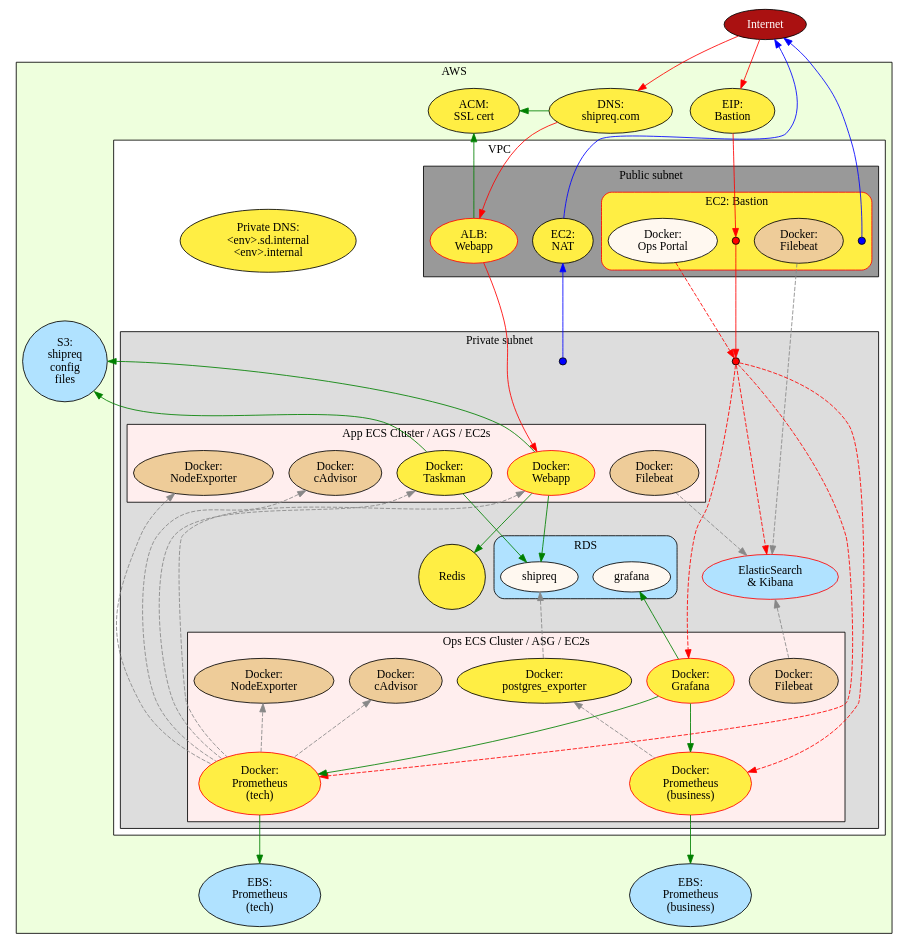
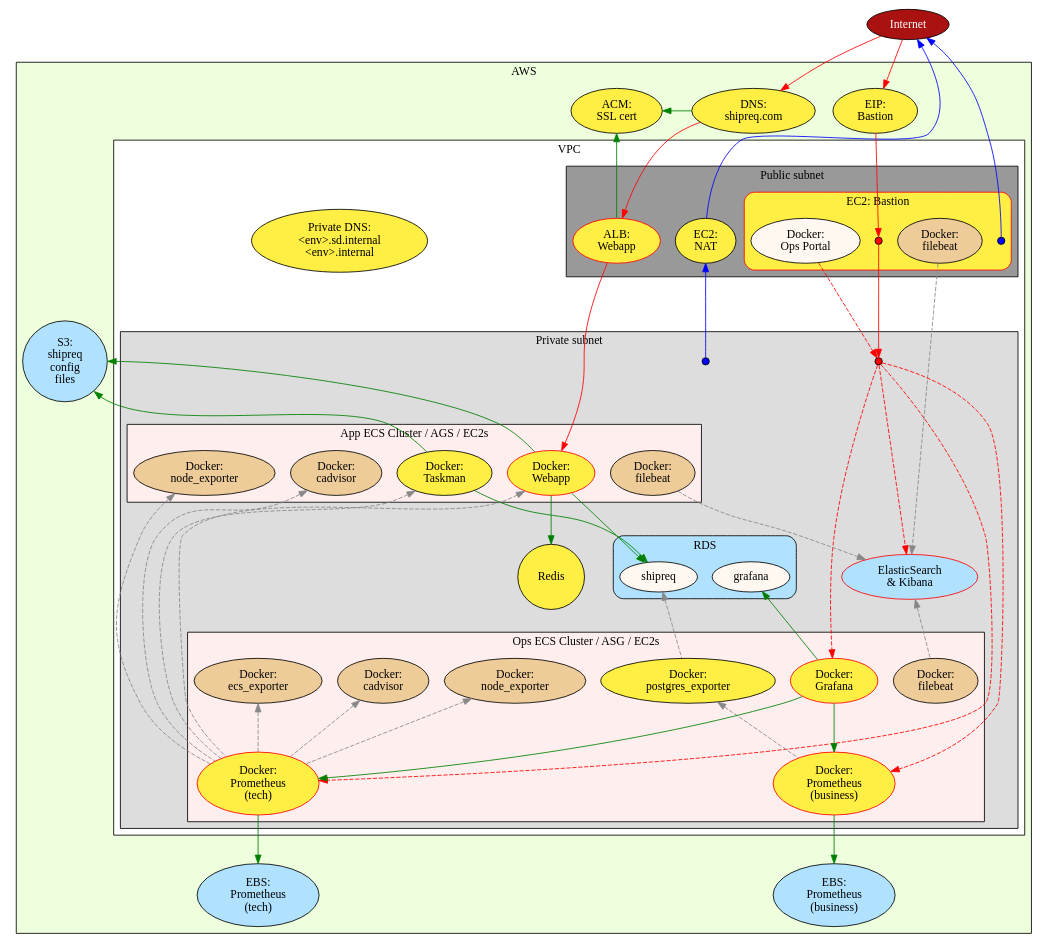
Before and after one commit to shipreq/shipreq: the diagram in Infrastructure/architecture.gv, drawn with Graphviz. The commit also changed 1 other file, not shown here.

Commit message:
Update architecture.gv: add ecs_exporter

```diff
--- a/Infrastructure/architecture.gv
+++ b/Infrastructure/architecture.gv
@@ -1,111 +1,112 @@
 digraph {
   node [style=filled fillcolor="#ffee44"]
   graph [ranksep=0.8]
 
   internet [label=Internet fillcolor="#aa1111" fontcolor=white]
 
   subgraph cluster_AWS {
     label="AWS" style=filled fillcolor="#eeffdd"
     { rank=same
       dns_shipreq [label="DNS:\nshipreq.com"]
       acm_ssl [label="ACM:\nSSL cert"]
     }
     ebs_prometheus_tech [label="EBS:\nPrometheus\n(tech)" fillcolor=lightskyblue1]
     ebs_prometheus_busi [label="EBS:\nPrometheus\n(business)" fillcolor=lightskyblue1]
     eip_bastion [label="EIP:\nBastion"]
     s3_shipreq [label="S3:\nshipreq\nconfig\nfiles"fillcolor=lightskyblue1]
 
     subgraph cluster_VPC {
       label="VPC" fillcolor=white
       internal_dns [label="Private DNS:\n<env>.sd.internal\n<env>.internal"]
 
       subgraph cluster_public {
         label="Public subnet" fillcolor="#999999"
         alb_webapp [label="ALB:\nWebapp" color=red]
         nat [label="EC2:\nNAT"]
 
         subgraph cluster_bastion {
           label="EC2: Bastion" fillcolor="#ffee44" style="filled,rounded" color=red
           node [fillcolor="#fff8f0"]
           bastion [shape=point fillcolor=red width=.12]
           bastion_out [shape=point fillcolor=blue width=.12]
           docker_portal [label="Docker:\nOps Portal"]
-          docker_filebeatB [label="Docker:\nFilebeat" fillcolor="#eecc99"]
+          docker_filebeatB [label="Docker:\nfilebeat" fillcolor="#eecc99"]
         }
       }
 
       subgraph cluster_private {
         label="Private subnet" fillcolor="#dddddd"
         subnet_private_in [shape=point fillcolor=red width=.12]
         subnet_private_out [shape=point fillcolor=blue width=.12]
         redis [label="\nRedis\n\n"]
         es [label="ElasticSearch\n& Kibana" color=red fillcolor=lightskyblue1]
 
-        subgraph cluster_ecs2_app {
+        subgraph cluster_app {
           label="App ECS Cluster / AGS / EC2s" fillcolor="#ffeeee"
-          docker_filebeatA [label="Docker:\nFilebeat" fillcolor="#eecc99"]
-          docker_nodeexpA [label="Docker:\nNodeExporter" fillcolor="#eecc99"]
-          docker_cadvisorA [label="Docker:\ncAdvisor" fillcolor="#eecc99"]
+          docker_filebeatA [label="Docker:\nfilebeat" fillcolor="#eecc99"]
+          docker_nodeexpA [label="Docker:\nnode_exporter" fillcolor="#eecc99"]
+          docker_cadvisorA [label="Docker:\ncadvisor" fillcolor="#eecc99"]
           docker_webapp [label="Docker:\nWebapp" color=red]
           docker_taskman [label="Docker:\nTaskman"]
         }
 
         subgraph cluster_rds {
           label="RDS" fillcolor=lightskyblue1 style="filled,rounded"
           node [fillcolor="#fff8f0"]
           rds_shipreq [label="shipreq"]
           rds_grafana [label="grafana"]
         }
 
-        subgraph cluster_ecs2_ops {
+        subgraph cluster_ops {
           label="Ops ECS Cluster / ASG / EC2s" fillcolor="#ffeeee"
-          docker_filebeatO [label="Docker:\nFilebeat" fillcolor="#eecc99"]
-          docker_nodeexpO [label="Docker:\nNodeExporter" fillcolor="#eecc99"]
-          docker_cadvisorO [label="Docker:\ncAdvisor" fillcolor="#eecc99"]
+          docker_filebeatO [label="Docker:\nfilebeat" fillcolor="#eecc99"]
+          docker_nodeexpO [label="Docker:\nnode_exporter" fillcolor="#eecc99"]
+          docker_cadvisorO [label="Docker:\ncadvisor" fillcolor="#eecc99"]
+          docker_ecs_exporter [label="Docker:\necs_exporter" fillcolor="#eecc99"]
           docker_db_metrics  [label="Docker:\npostgres_exporter"]
           docker_prometheus_tech [label="Docker:\nPrometheus\n(tech)" color=red]
           docker_prometheus_busi [label="Docker:\nPrometheus\n(business)" color=red]
           docker_grafana [label="Docker:\nGrafana" color=red]
         }
       }
     }
   }
 
   // subnet_private_in -> alb_webapp [style=invis]
   // subnet_private_in -> docker_webapp,docker_taskman [style=invis]
   subnet_private_in -> docker_filebeatA [style=invis]
   // docker_webapp,docker_taskman -> docker_filebeatA,docker_nodeexpA,docker_cadvisorA [style=invis]
   // docker_prometheus_busi,docker_prometheus_tech -> docker_filebeatO,docker_nodeexpO,docker_cadvisorO [style=invis]
   // rds_shipreq -> rds_grafana [style=invis]
 
   edge [color=red]
   internet -> dns_shipreq -> alb_webapp
   internet -> eip_bastion -> bastion
   alb_webapp -> docker_webapp
   bastion -> subnet_private_in
   docker_portal -> subnet_private_in -> es,docker_grafana,docker_prometheus_tech,docker_prometheus_busi [style=dashed]
   // subnet_private_in -> docker_cadvisorO [style=dashed]
   // subnet_private_in -> docker_cadvisorA [style=dashed constraint=false]
 
   edge [color=blue]
   internet -> nat,bastion_out [dir=back]
   nat -> subnet_private_out [dir=back]
 
   edge [color=green]
   dns_shipreq -> acm_ssl [minlen=2]
   acm_ssl -> alb_webapp [dir=back]
   rds_grafana -> docker_grafana [dir=back]
   docker_webapp -> redis,rds_shipreq
   docker_taskman -> rds_shipreq
   s3_shipreq:se -> docker_taskman [dir=back]
   s3_shipreq:e -> docker_webapp [dir=back]
   docker_prometheus_tech -> ebs_prometheus_tech
   docker_prometheus_busi -> ebs_prometheus_busi
   docker_grafana -> docker_prometheus_tech,docker_prometheus_busi
 
   edge [color="#888888" style=dashed]
   docker_filebeatA,docker_filebeatB -> es
   es -> docker_filebeatO [dir=back]
-  docker_webapp,docker_taskman,docker_nodeexpA,docker_nodeexpO,docker_cadvisorA,docker_cadvisorO -> docker_prometheus_tech [dir=back]
+  docker_webapp,docker_taskman,docker_nodeexpA,docker_nodeexpO,docker_cadvisorA,docker_cadvisorO,docker_ecs_exporter -> docker_prometheus_tech [dir=back]
   rds_shipreq -> docker_db_metrics -> docker_prometheus_busi [dir=back]
 }
```
